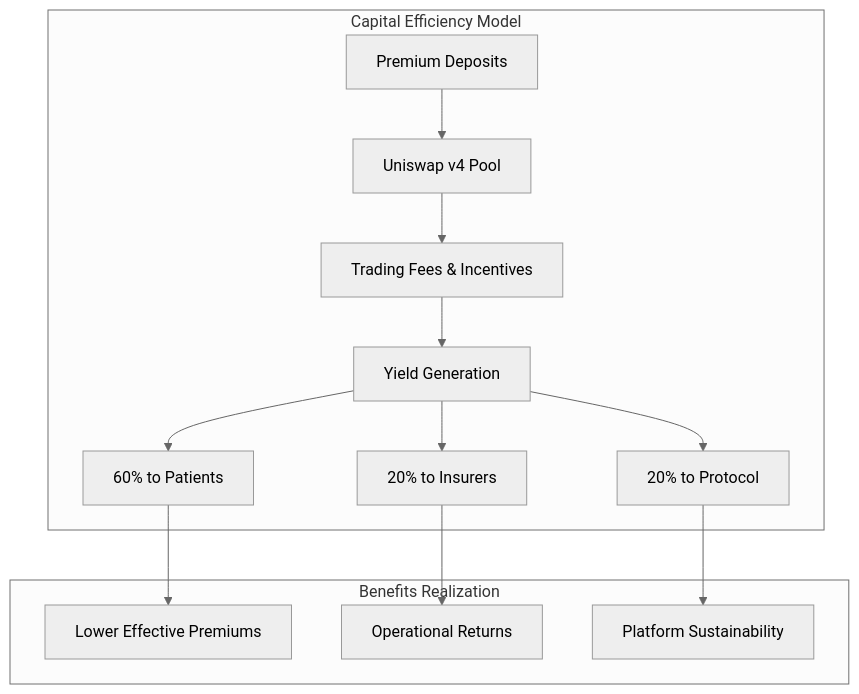
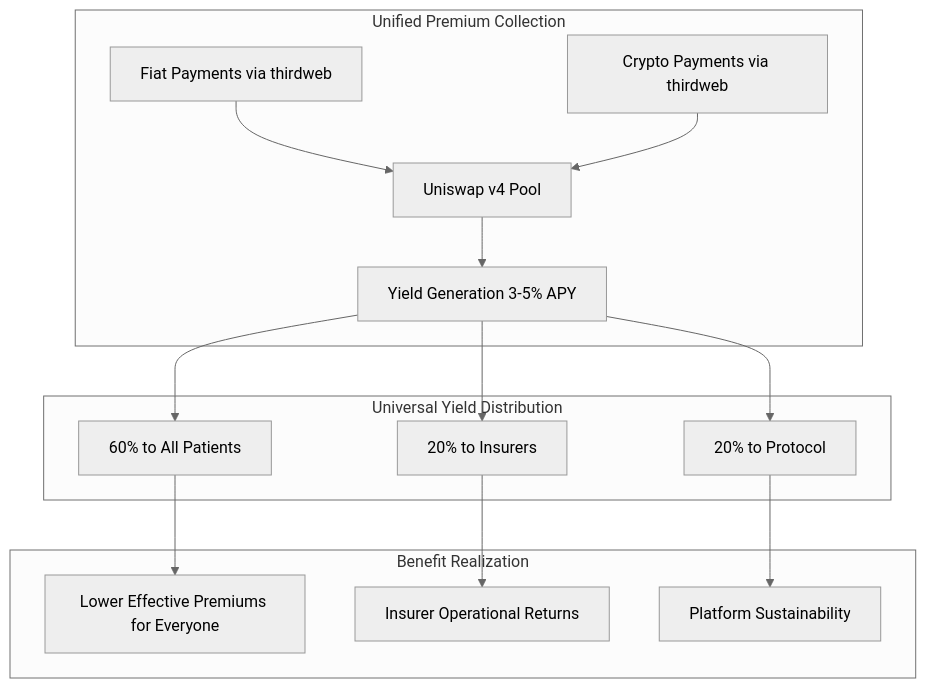
One commit to ppezzull/zkMed changed the fifth of 5 diagrams in memory-bank/activeContext.md. Above: the diagram before and after it, drawn with Mermaid (neutral theme). The commit also changed other lines of this file and 3 other files, not shown here.

````diff
--- a/memory-bank/activeContext.md
+++ b/memory-bank/activeContext.md
@@ -329,17 +365,20 @@
 ```mermaid
 graph TB
-    subgraph "Capital Efficiency Model"
-        A[Premium Deposits] --> B[Uniswap v4 Pool]
-        B --> C[Trading Fees & Incentives]
-        C --> D[Yield Generation]
-        D --> E[60% to Patients]
+    subgraph "Unified Premium Collection"
+        A[Fiat Payments via thirdweb] --> C[Uniswap v4 Pool]
+        B[Crypto Payments via thirdweb] --> C
+        C --> D[Yield Generation 3-5% APY]
+    end
+    
+    subgraph "Universal Yield Distribution"
+        D --> E[60% to All Patients]
         D --> F[20% to Insurers]
         D --> G[20% to Protocol]
     end
     
-    subgraph "Benefits Realization"
-        E --> H[Lower Effective Premiums]
-        F --> I[Operational Returns]
+    subgraph "Benefit Realization"
+        E --> H[Lower Effective Premiums for Everyone]
+        F --> I[Insurer Operational Returns]
         G --> J[Platform Sustainability]
     end
 ```
````
